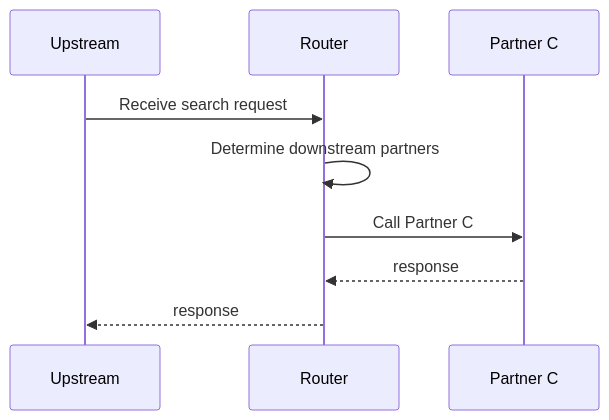
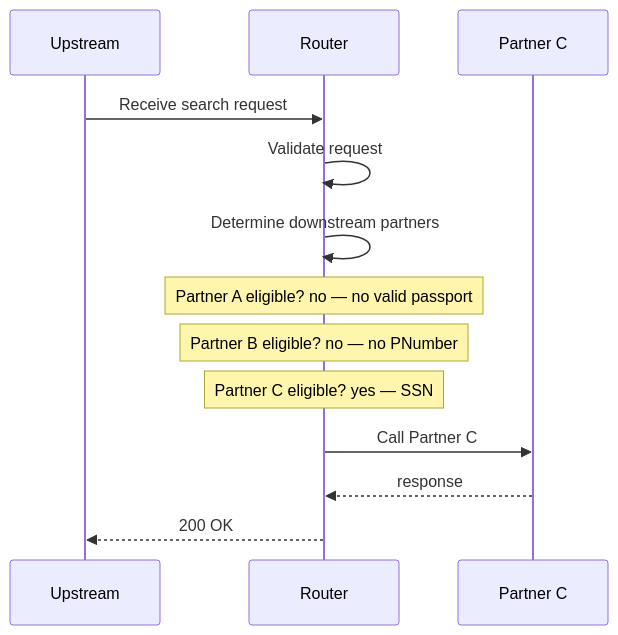
Before and after one commit to jwdomes/automockit: the diagram in main-app/docs/flows/c-only.mmd, drawn with Mermaid. The commit also changed 45 other files, not shown here.

```diff
--- a/main-app/docs/flows/c-only.mmd
+++ b/main-app/docs/flows/c-only.mmd
@@ -1,10 +1,14 @@
 sequenceDiagram
     %% SSN with a malformed passport: only C is called
     participant UPSTREAM as Upstream
     participant ROUTER as Router
     participant PARTNER_C as Partner C
     UPSTREAM->>ROUTER: Receive search request
+    ROUTER->>ROUTER: Validate request
     ROUTER->>ROUTER: Determine downstream partners
+    Note over ROUTER: Partner A eligible? no — no valid passport
+    Note over ROUTER: Partner B eligible? no — no PNumber
+    Note over ROUTER: Partner C eligible? yes — SSN
     ROUTER->>PARTNER_C: Call Partner C
     PARTNER_C-->>ROUTER: response
-    ROUTER-->>UPSTREAM: response
+    ROUTER-->>UPSTREAM: 200 OK
```
